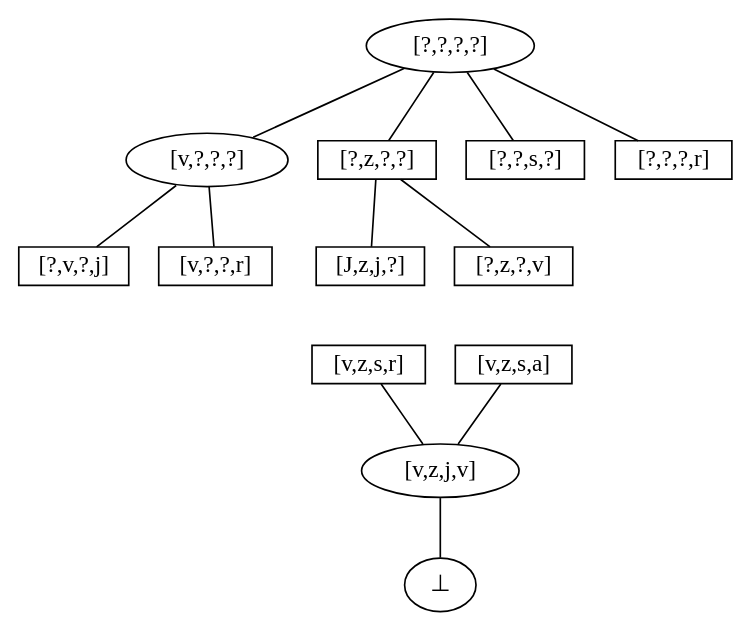
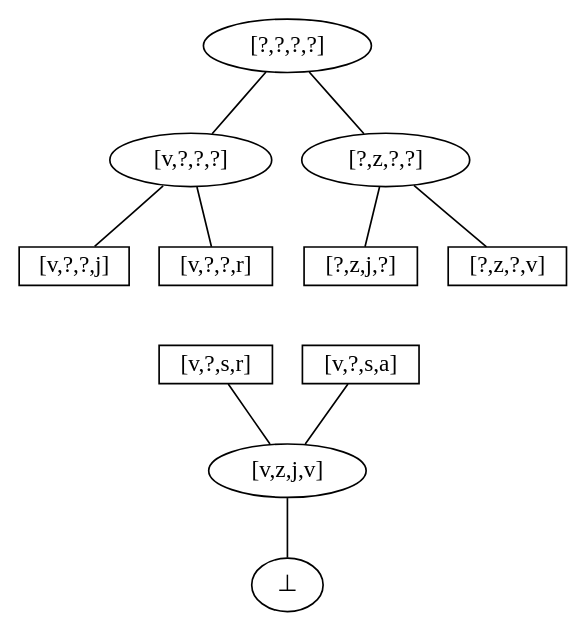
The diagram in resources/graphs/iteration_4.dot (NorfairKing/ai_alternative-exam), drawn with Graphviz before and after one commit. The commit also changed 10 other files, not shown here.

```diff
--- a/resources/graphs/iteration_4.dot
+++ b/resources/graphs/iteration_4.dot
@@ -1,42 +1,38 @@
 digraph iter_1 {
     node [shape=rect height=0.1, width=0.2];
     edge [arrowhead = none];
 
     top  [label = "[?,?,?,?]",shape=ellipse];
     bot  [label = "&#8869;",shape=ellipse];
 
     ex_1 [label= "[v,z,j,v]",shape=ellipse];
     
     ex_2_1 [label = "[v,?,?,?]",shape=ellipse];
-    ex_2_2 [label = "[?,z,?,?]"];
-    ex_2_4 [label = "[?,?,s,?]"];
-    ex_2_5 [label = "[?,?,?,r]"];
+    ex_2_2 [label = "[?,z,?,?]",shape=ellipse];
  
-    ex_3_1  [label = "[?,v,?,j]"];
+    ex_3_1  [label = "[v,?,?,j]"];
     ex_3_4  [label = "[v,?,?,r]"];
  
-    ex_3_8  [label = "[J,z,j,?]"];
+    ex_3_8  [label = "[?,z,j,?]"];
     ex_3_10 [label = "[?,z,?,v]"];
 
-    ex_4_1 [label = "[v,z,s,r]"];
-    ex_4_2 [label = "[v,z,s,a]"];
+    ex_4_1 [label = "[v,?,s,r]"];
+    ex_4_2 [label = "[v,?,s,a]"];
        
     top -> ex_2_1;
     top -> ex_2_2;
-    top -> ex_2_4;
-    top -> ex_2_5;
-
+    
     ex_2_1 -> ex_3_1;    
     ex_2_1 -> ex_3_4;    
     
     ex_2_2 -> ex_3_8;
     ex_2_2 -> ex_3_10;
 
-    ex_3_8  -> ex_4_1[style=invis];
-    ex_3_10 -> ex_4_2[style=invis];    
+    ex_3_4  -> ex_4_1[style=invis];
+    ex_3_8 -> ex_4_2[style=invis];    
 
     ex_4_1 -> ex_1;
     ex_4_2 -> ex_1;
 
     ex_1 -> bot;
 }
```
